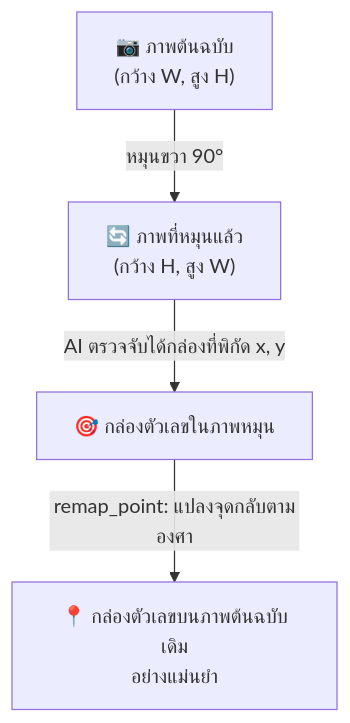
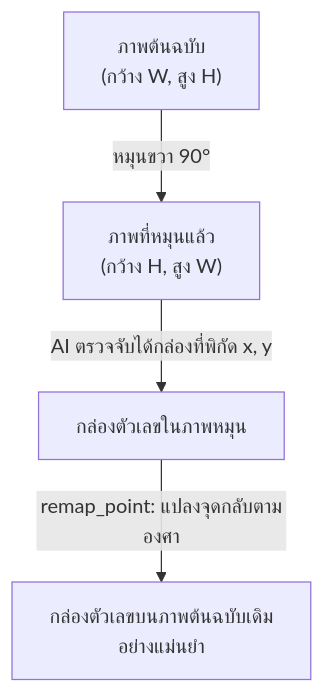
The second of 4 diagrams in TUTORIAL.md (jirathxz/meter-reader), drawn with Mermaid before and after one commit. The commit also changed other lines of this file and 1 other file, not shown here.

````diff
--- a/TUTORIAL.md
+++ b/TUTORIAL.md
@@ -436,6 +436,6 @@
 ```mermaid
 flowchart TD
-    A["📷 ภาพต้นฉบับ<br/>(กว้าง W, สูง H)"] -->|"หมุนขวา 90°"| B["🔄 ภาพที่หมุนแล้ว<br/>(กว้าง H, สูง W)"]
-    B -->|"AI ตรวจจับได้กล่องที่พิกัด x, y"| C["🎯 กล่องตัวเลขในภาพหมุน"]
-    C -->|"remap_point: แปลงจุดกลับตามองศา"| D["📍 กล่องตัวเลขบนภาพต้นฉบับเดิม<br/>อย่างแม่นยำ"]
+ A[" ภาพต้นฉบับ<br/>(กว้าง W, สูง H)"] -->|"หมุนขวา 90°"| B[" ภาพที่หมุนแล้ว<br/>(กว้าง H, สูง W)"]
+ B -->|"AI ตรวจจับได้กล่องที่พิกัด x, y"| C[" กล่องตัวเลขในภาพหมุน"]
+ C -->|"remap_point: แปลงจุดกลับตามองศา"| D[" กล่องตัวเลขบนภาพต้นฉบับเดิม<br/>อย่างแม่นยำ"]
 ```
````
